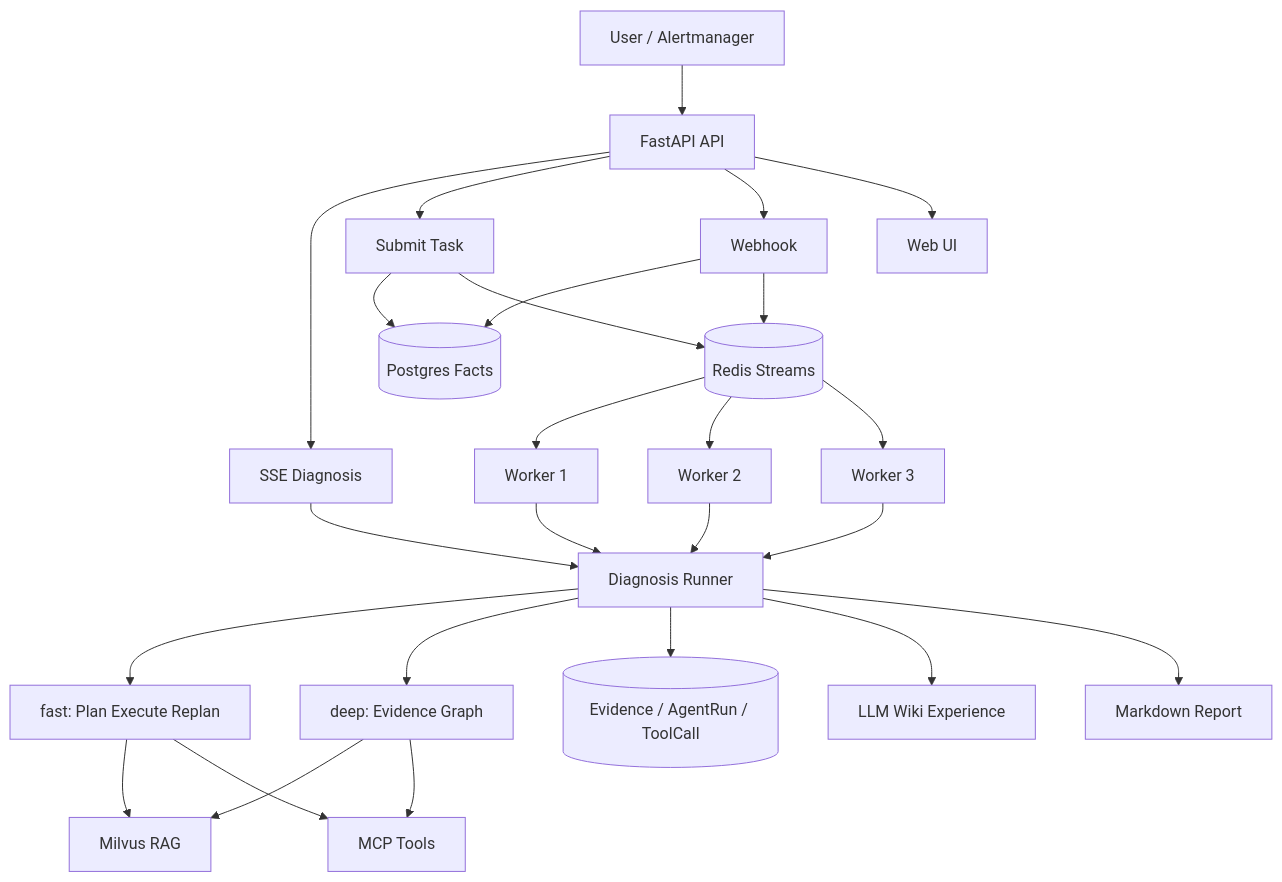
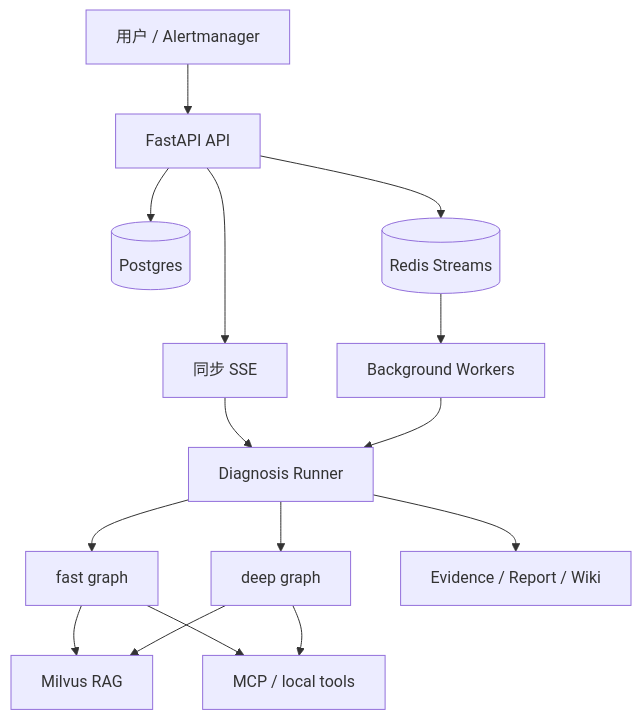
The diagram in README.md (Kkkirito-123/mutil-rag-agent), drawn with Mermaid before and after one commit. The commit also changed other lines of this file and 25 other files, not shown here.

````diff
--- a/README.md
+++ b/README.md
@@ -108,36 +37,17 @@
 ```mermaid
 flowchart TD
-    A[User / Alertmanager] --> B[FastAPI API]
-
-    B --> C1[SSE Diagnosis]
-    B --> C2[Submit Task]
-    B --> C3[Webhook]
-
-    C2 --> P[(Postgres Facts)]
-    C3 --> P
-    C2 --> Q[(Redis Streams)]
-    C3 --> Q
-
-    Q --> W1[Worker 1]
-    Q --> W2[Worker 2]
-    Q --> W3[Worker 3]
-
-    C1 --> R[Diagnosis Runner]
-    W1 --> R
-    W2 --> R
-    W3 --> R
-
-    R --> F[fast: Plan Execute Replan]
-    R --> D[deep: Evidence Graph]
-
-    F --> K[Milvus RAG]
-    D --> K
-    F --> M[MCP Tools]
-    D --> M
-
-    R --> E[(Evidence / AgentRun / ToolCall)]
-    R --> G[LLM Wiki Experience]
-    R --> O[Markdown Report]
-
-    B --> UI[Web UI]
+    User["用户 / Alertmanager"] --> API["FastAPI API"]
+    API --> Sync["同步 SSE"]
+    API --> Facts[("Postgres")]
+    API --> Queue[("Redis Streams")]
+    Queue --> Workers["Background Workers"]
+    Sync --> Runner["Diagnosis Runner"]
+    Workers --> Runner
+    Runner --> Fast["fast graph"]
+    Runner --> Deep["deep graph"]
+    Fast --> RAG["Milvus RAG"]
+    Deep --> RAG
+    Fast --> Tools["MCP / local tools"]
+    Deep --> Tools
+    Runner --> Evidence["Evidence / Report / Wiki"]
 ```
````
